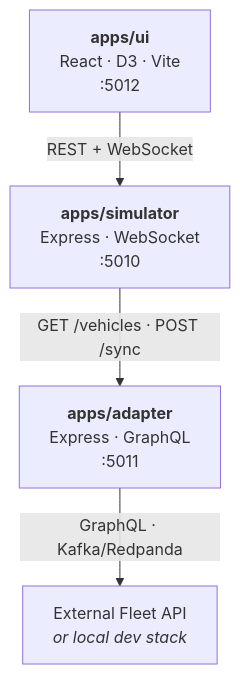
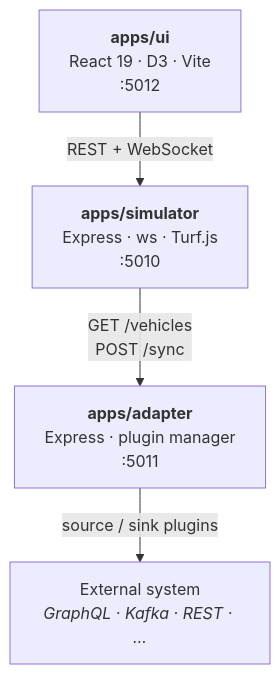
Before and after one commit to ivannovazzi/moveet: the first of 4 diagrams in README.md, drawn with Mermaid. The commit also changed other lines of this file, not shown here.

First line of the commit message:
docs: rewrite README with full API reference, Mermaid diagrams, and config tables

````diff
--- a/README.md
+++ b/README.md
@@ -37,11 +84,11 @@
 ```mermaid
 flowchart TD
-    UI["<b>apps/ui</b><br/>React · D3 · Vite<br/>:5012"]
-    SIM["<b>apps/simulator</b><br/>Express · WebSocket<br/>:5010"]
-    ADP["<b>apps/adapter</b><br/>Express · GraphQL<br/>:5011"]
-    EXT["External Fleet API<br/><i>or local dev stack</i>"]
+    UI["<b>apps/ui</b><br/>React 19 · D3 · Vite<br/>:5012"]
+    SIM["<b>apps/simulator</b><br/>Express · ws · Turf.js<br/>:5010"]
+    ADP["<b>apps/adapter</b><br/>Express · plugin manager<br/>:5011"]
+    EXT["External system<br/><i>GraphQL · Kafka · REST · …</i>"]
 
     UI -- "REST + WebSocket" --> SIM
-    SIM -- "GET /vehicles · POST /sync" --> ADP
-    ADP -- "GraphQL · Kafka/Redpanda" --> EXT
+    SIM -- "GET /vehicles<br/>POST /sync" --> ADP
+    ADP -- "source / sink plugins" --> EXT
 ```
````
